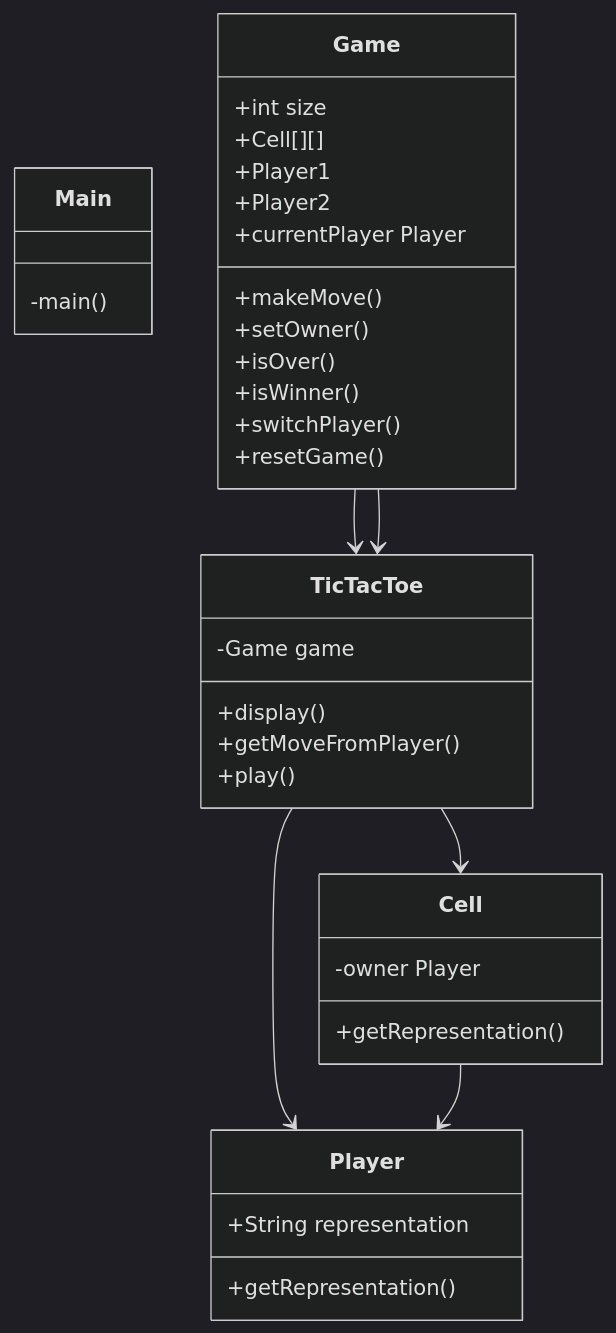
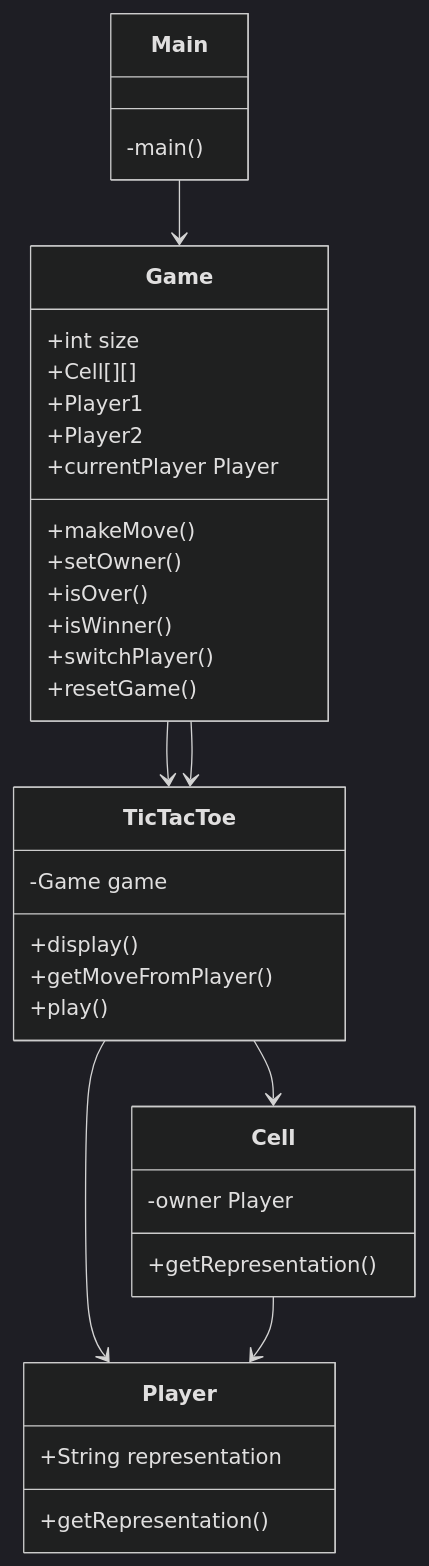
One commit to Clem7403/TicTacToe_project changed the diagram in README.md. Above: the diagram before and after it, drawn with Mermaid (dark theme).

Commit message:
Update README with game structure details

````diff
--- a/README.md
+++ b/README.md
@@ -22,40 +22,41 @@
 ```mermaid
 classDiagram
 direction TB
     class Main {
         -main()
     }
     class Cell {
 	    -owner Player
 	    +getRepresentation()
     }
     class TicTacToe {
 	    -Game game
 	    +display()
 	    +getMoveFromPlayer()
 	    +play()
     }
     class Player {
 	    +String representation
 	    +getRepresentation()
     }
     class Game {
 	    +int size
 	    +Cell[][]
 	    +Player1
 	    +Player2
 	    +currentPlayer Player
 	    +makeMove()
 	    +setOwner()
 	    +isOver()
 	    +isWinner()
 	    +switchPlayer()
 	    +resetGame()
     }
 
+	Main --> Game
     Game --> TicTacToe 
     TicTacToe --> Player
     TicTacToe --> Cell
     Cell --> Player
     Game --> TicTacToe
 ```
````
